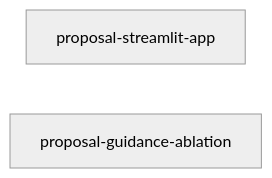
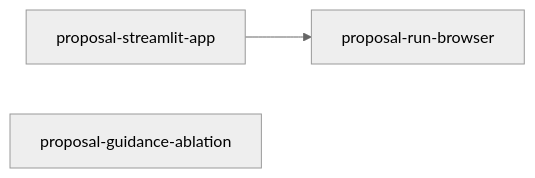
Before and after one commit to joe-dartmouth/synthetic: the diagram in tasks/proposal-index.md, drawn with Mermaid (neutral theme). The commit also changed other lines of this file and 12 other files, not shown here.

````diff
--- a/tasks/proposal-index.md
+++ b/tasks/proposal-index.md
@@ -16,5 +17,5 @@
 ```mermaid
 flowchart LR
-    streamlit_app[proposal-streamlit-app]
+    streamlit_app[proposal-streamlit-app] --> run_browser[proposal-run-browser]
     guidance_ablation[proposal-guidance-ablation]
 ```
````
